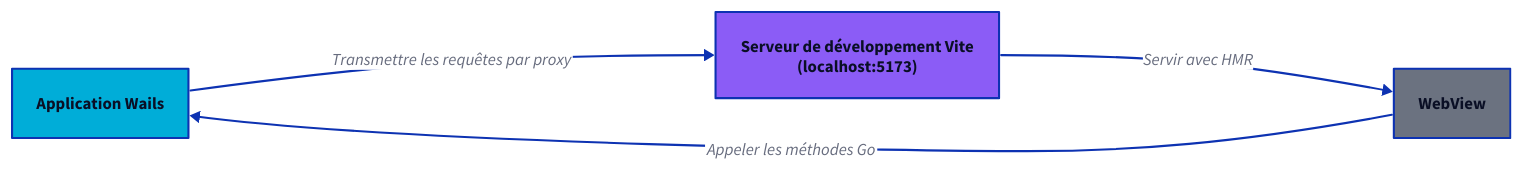
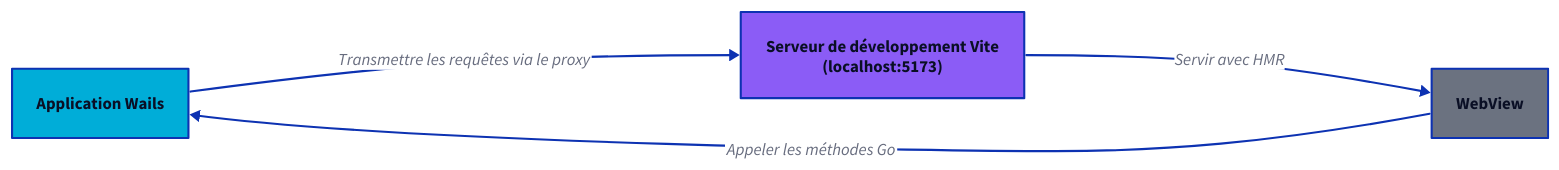
Before and after one commit to wailsapp/wails: the sixth of 8 diagrams in docs/mpress/content/fr/concepts/architecture.md, drawn with D2. The commit also changed other lines of this file and 1096 other files, not shown here.

````diff
--- a/docs/mpress/content/fr/concepts/architecture.md
+++ b/docs/mpress/content/fr/concepts/architecture.md
@@ -449,22 +449,22 @@
 ```d2
 direction: right
 
 WailsApp: Application Wails {
   shape: rectangle
   style.fill: "#00ADD8"
 }
 
 DevServer: "Serveur de développement Vite\n(localhost:5173)" {
   shape: rectangle
   style.fill: "#8B5CF6"
 }
 
 WebView: WebView {
   shape: rectangle
   style.fill: "#6B7280"
 }
 
-WailsApp -> DevServer: Transmettre les requêtes par proxy
+WailsApp -> DevServer: Transmettre les requêtes via le proxy
 DevServer -> WebView: Servir avec HMR
 WebView -> WailsApp: Appeler les méthodes Go
 ```
````
